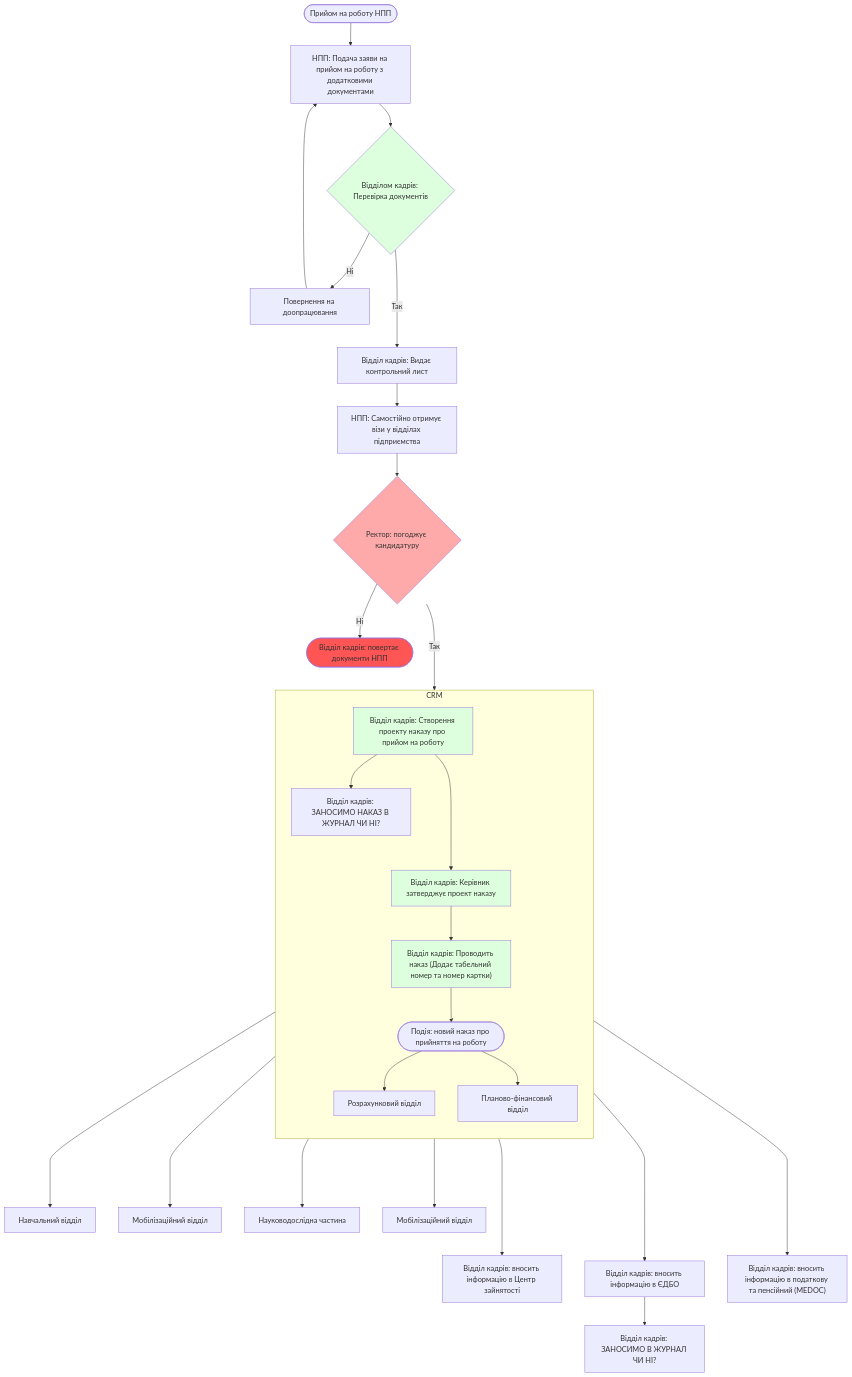
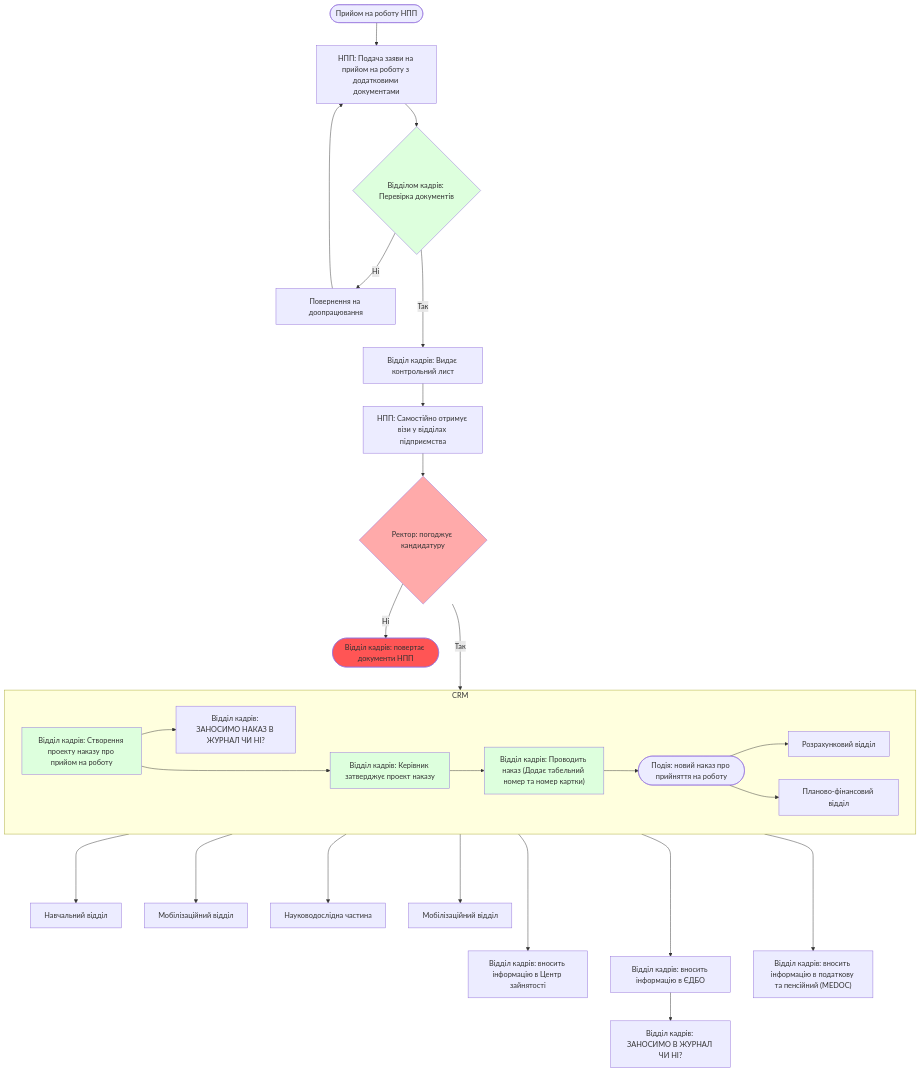
Before and after one commit to lisnayk/hr-workflows: the first of 2 diagrams in processes/onboarding/npp.md, drawn with Mermaid. The commit also changed other lines of this file, not shown here.

Commit message:
Add flowchart direction fixes and sequence diagram to НПП onboarding documentation

````diff
--- a/processes/onboarding/npp.md
+++ b/processes/onboarding/npp.md
@@ -26,39 +26,39 @@
 ```mermaid
 flowchart TB
     TITLE(["Прийом на роботу НПП"])
     TITLE --> APPLICATION["НПП: Подача заяви на прийом на роботу з додатковими документами"]
     APPLICATION --> R1{"Відділом кадрів: Перевірка документів"}
     R1 -- " Ні " --> NOT_VALID["Повернення на доопрацювання"]
     R1 -- " Так " ---> CHECK_LIST["Відділ кадрів: Видає контрольний лист"]
     NOT_VALID --> APPLICATION
     CHECK_LIST --> SIGNS["НПП: Самостійно отримує візи у відділах підприємства"]
     SIGNS --> R2{"Ректор: погоджує кандидатуру"}
     subgraph "CRM"
-        direction TB
+        direction LR
         APPROVE["Відділ кадрів: Створення проекту наказу про прийом на роботу"]
         APPROVE --> REPORT["Відділ кадрів: ЗАНОСИМО НАКАЗ В ЖУРНАЛ ЧИ НІ?"]
         APPROVE ---> HEAD_APPROVE["Відділ кадрів: Керівник затверджує проект наказу"]
         HEAD_APPROVE --> PROVODKA["Відділ кадрів: Проводить наказ (Додає табельний номер та номер картки)"]
         PROVODKA --> EVENT_CREATED(["Подія: новий наказ про прийняття на роботу"])
         EVENT_CREATED --> V1["Розрахунковий відділ"]
         EVENT_CREATED --> V2["Планово-фінансовий відділ"]
     end
     R2 -- " Ні " --> REJECT(["Відділ кадрів: повертає документи НПП"])
     R2 -- " Так " ---> CRM
 
 
     PROVODKA ----> V3["Навчальний відділ"]
     PROVODKA ----> V4["Мобілізаційний відділ"]
     PROVODKA ----> V5["Науководослідна частина"]
     PROVODKA ----> V7["Мобілізаційний відділ"]
     PROVODKA -----> EXT0["Відділ кадрів: вносить інформацію в Центр зайнятості"]
     PROVODKA -----> EXT1["Відділ кадрів: вносить інформацію в ЄДБО"]
     PROVODKA -----> EXT2["Відділ кадрів: вносить інформацію в податкову та пенсійний (MEDOC)"]
     EXT1 --> REPORT2["Відділ кадрів: ЗАНОСИМО В ЖУРНАЛ ЧИ НІ?"]
     style REJECT fill: #f55
     style R1 fill: #dfd
     style PROVODKA fill: #dfd
     style HEAD_APPROVE fill: #dfd
     style APPROVE fill: #dfd
     style R2 fill: #faa
 ```
````
